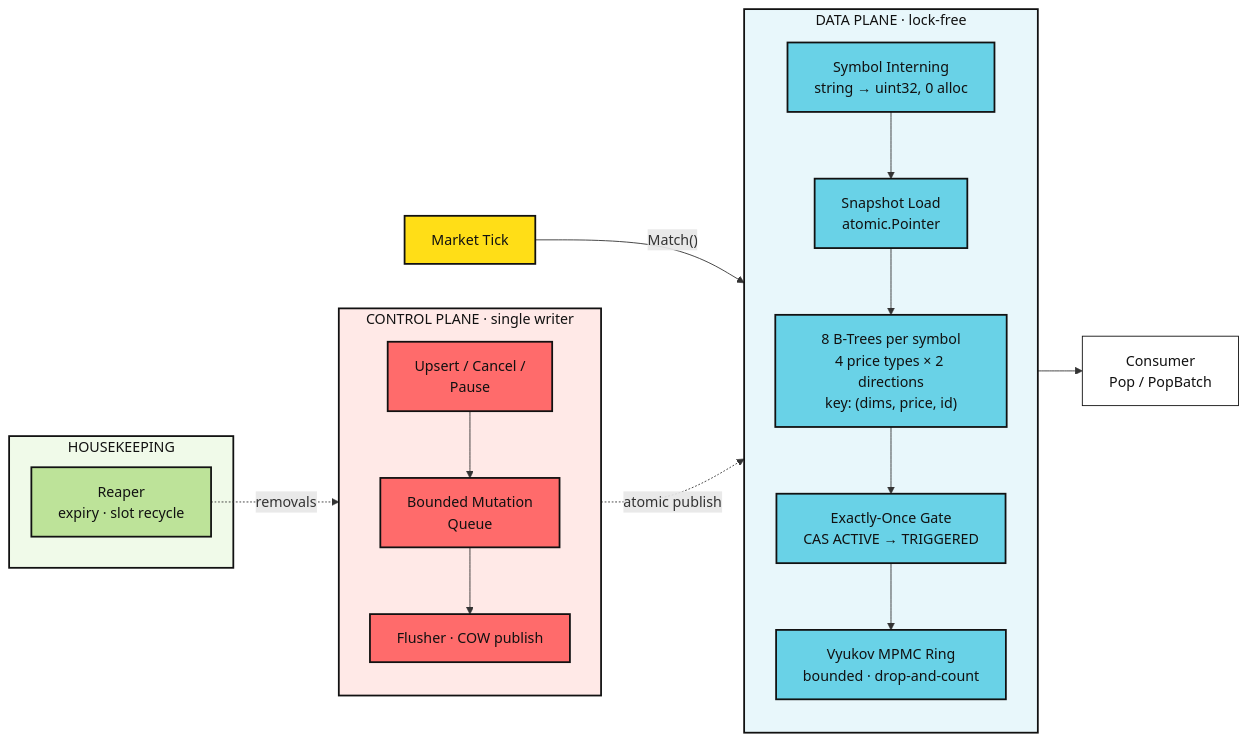
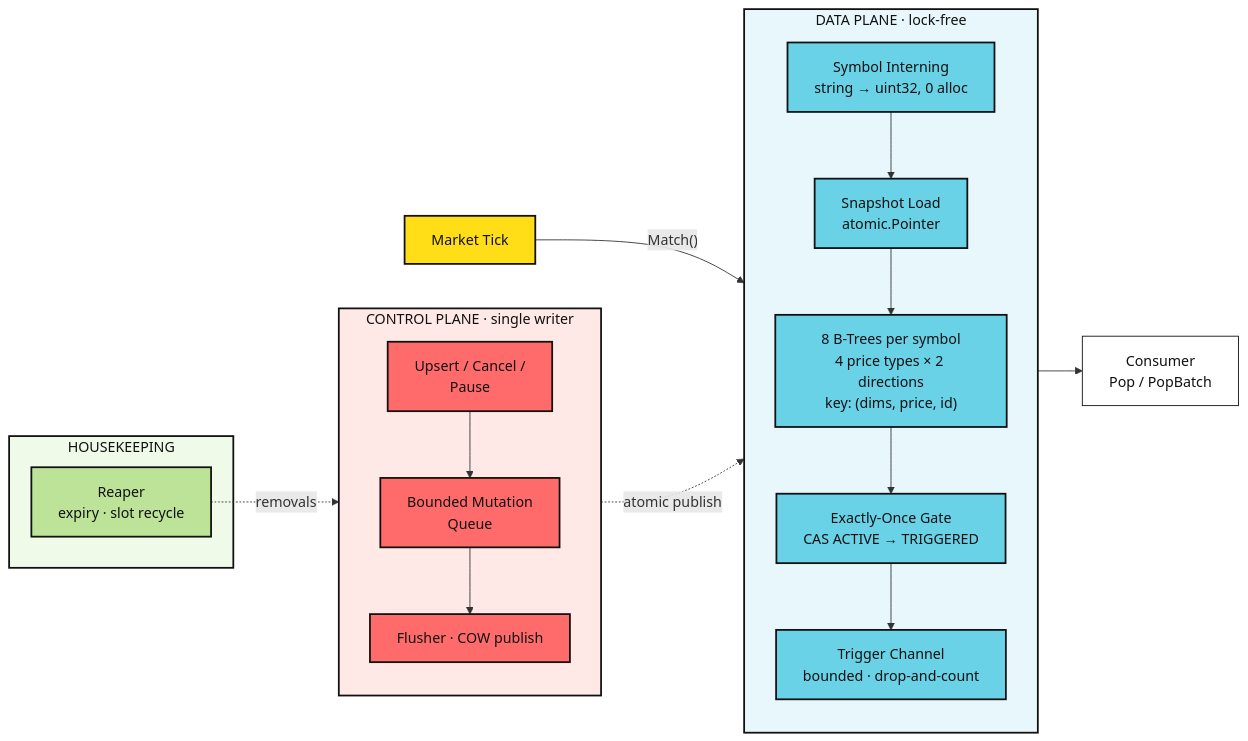
Before and after one commit to emirakts0/chrono-tree: the diagram in README.md, drawn with Mermaid. The commit also changed other lines of this file and 5 other files, not shown here.

First line of the commit message:
feat(trigger): channel-backed trigger queue replacing the Vyukov ring

````diff
--- a/README.md
+++ b/README.md
@@ -42,49 +42,49 @@
 ```mermaid
 flowchart LR
     T["Market Tick"]
 
     subgraph DP["DATA PLANE · lock-free"]
         direction TB
         IN["Symbol Interning<br/>string → uint32, 0 alloc"]
         SNAP["Snapshot Load<br/>atomic.Pointer"]
         TREES["8 B-Trees per symbol<br/>4 price types × 2 directions<br/>key: (dims, price, id)"]
         CAS["Exactly-Once Gate<br/>CAS ACTIVE → TRIGGERED"]
-        RING["Vyukov MPMC Ring<br/>bounded · drop-and-count"]
+        RING["Trigger Channel<br/>bounded · drop-and-count"]
         IN --> SNAP --> TREES --> CAS --> RING
     end
 
     subgraph CP["CONTROL PLANE · single writer"]
         direction TB
         API["Upsert / Cancel /<br/>Pause"]
         MQ["Bounded Mutation<br/>Queue"]
         FL["Flusher · COW publish"]
         API --> MQ --> FL
     end
 
     subgraph HK["HOUSEKEEPING"]
         RP["Reaper<br/>expiry · slot recycle"]
     end
 
     OUT["Consumer<br/>Pop / PopBatch"]
 
     T -- "Match()" --> IN
     RING --> OUT
     FL -. "atomic publish" .-> SNAP
     RP -. "removals" .-> MQ
 
     classDef input fill:#FFDE17,stroke:#111,stroke-width:2px,color:#111
     classDef data fill:#69D2E7,stroke:#111,stroke-width:2px,color:#111
     classDef control fill:#FF6B6B,stroke:#111,stroke-width:2px,color:#111
     classDef house fill:#BDE399,stroke:#111,stroke-width:2px,color:#111
     classDef comp fill:#ffffff,stroke:#111,stroke-width:1px,color:#111
 
     class T input
     class IN,SNAP,TREES,CAS,RING data
     class API,MQ,FL control
     class RP house
     class OUT comp
 
     style DP fill:#E8F7FB,stroke:#111,stroke-width:2px,color:#111
     style CP fill:#FFE9E7,stroke:#111,stroke-width:2px,color:#111
     style HK fill:#F0FAE9,stroke:#111,stroke-width:2px,color:#111
 ```
````
